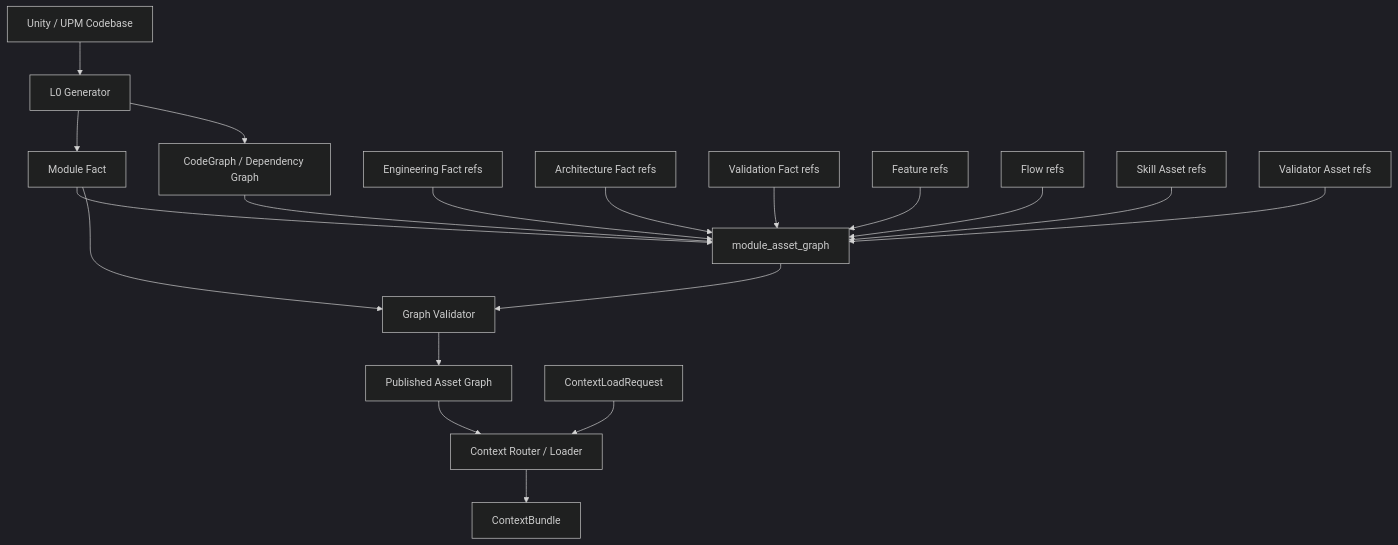
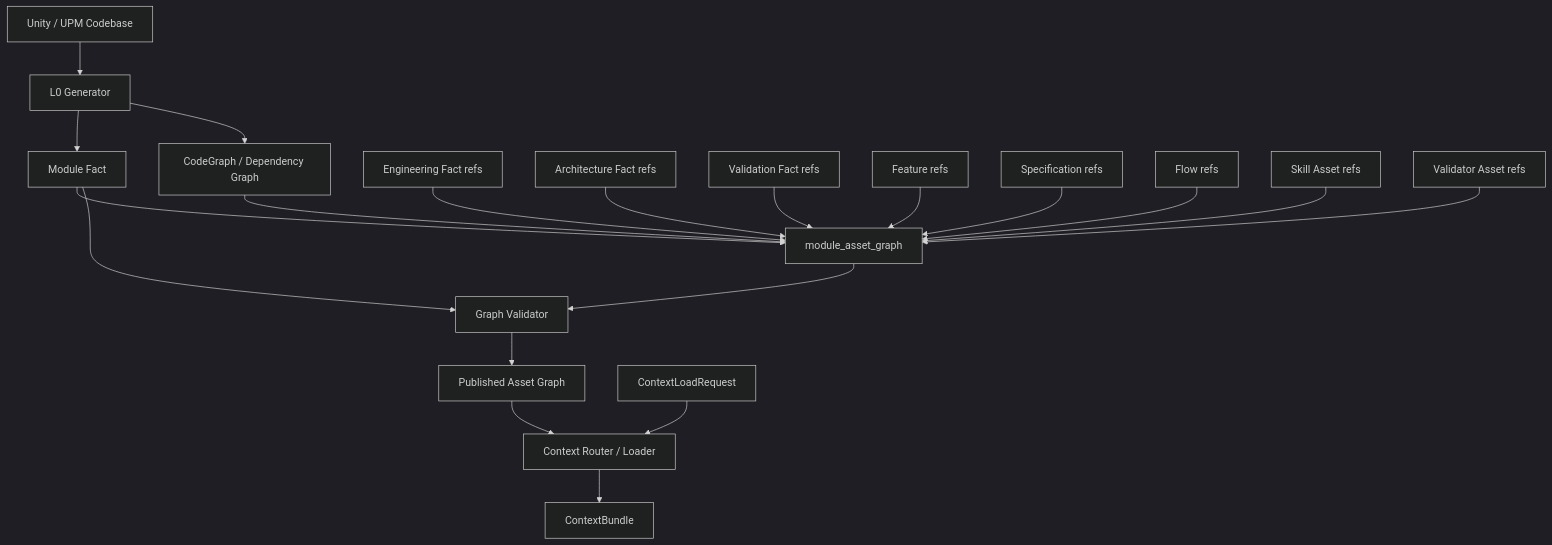
The third of 5 diagrams in docs/uconnect-context-management.zh.md (daihothot/uconnect), drawn with Mermaid (dark theme) before and after one commit. The commit also changed other lines of this file, not shown here.

First line of the commit message:
enhance(docs): add Specification Asset and BDD Scenario Asset types

````diff
--- a/docs/uconnect-context-management.zh.md
+++ b/docs/uconnect-context-management.zh.md
@@ -1222,24 +1614,25 @@
 ```mermaid
 flowchart TB
     Code[Unity / UPM Codebase] --> Generator[L0 Generator]
     Generator --> ModuleFact[Module Fact]
     Generator --> CodeGraph[CodeGraph / Dependency Graph]
     ModuleFact --> AssetGraph[module_asset_graph]
     CodeGraph --> AssetGraph
 
     L0Refs[Engineering Fact refs] --> AssetGraph
     L1Refs[Architecture Fact refs] --> AssetGraph
     L2Refs[Validation Fact refs] --> AssetGraph
     FeatureRefs[Feature refs] --> AssetGraph
+    SpecRefs[Specification refs] --> AssetGraph
     FlowRefs[Flow refs] --> AssetGraph
     SkillRefs[Skill Asset refs] --> AssetGraph
     ValidatorRefs[Validator Asset refs] --> AssetGraph
 
     AssetGraph --> GraphCheck[Graph Validator]
     ModuleFact --> GraphCheck
     GraphCheck --> PublishedGraph[Published Asset Graph]
 
     Request[ContextLoadRequest] --> Router[Context Router / Loader]
     PublishedGraph --> Router
     Router --> Bundle[ContextBundle]
 ```
````
